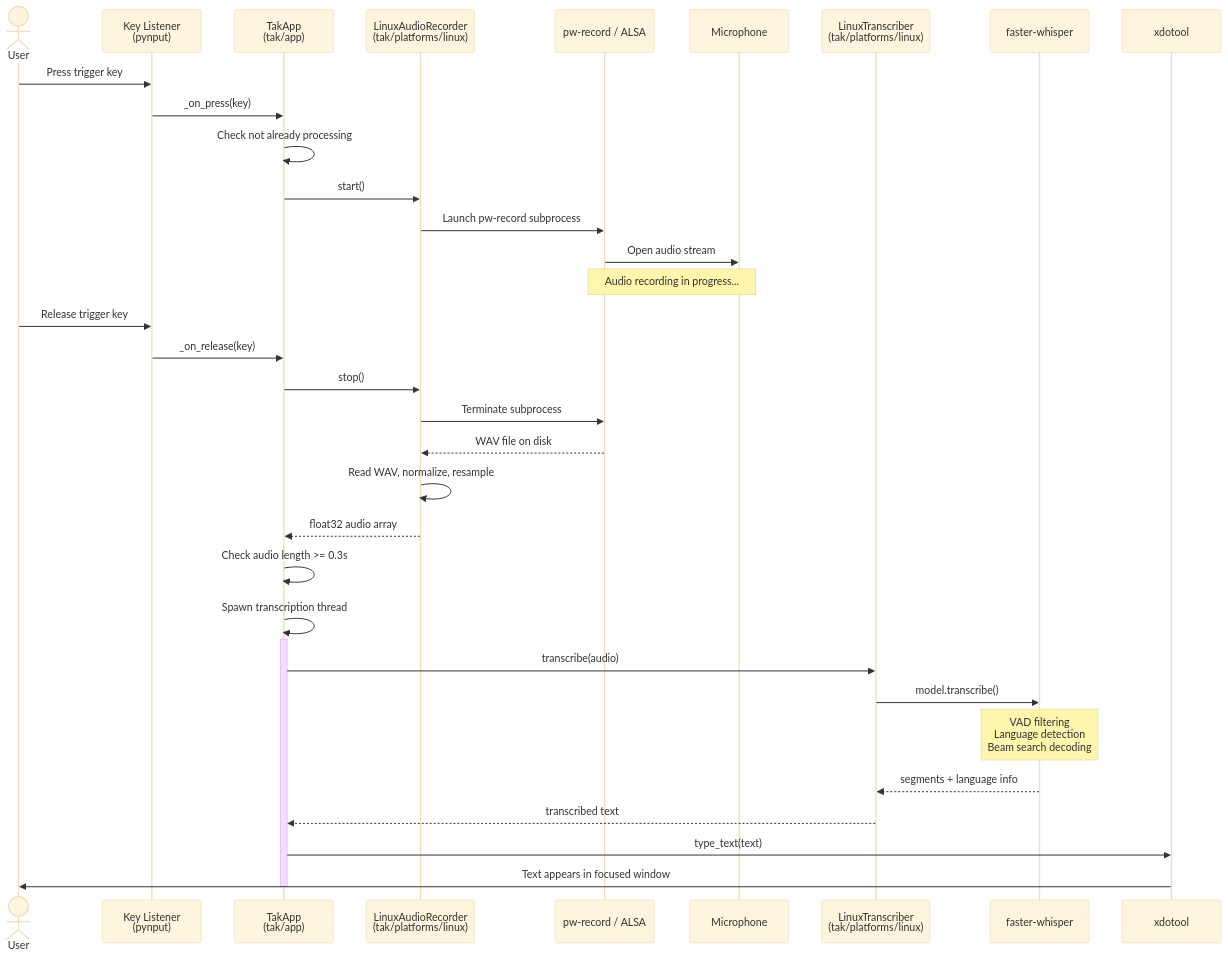
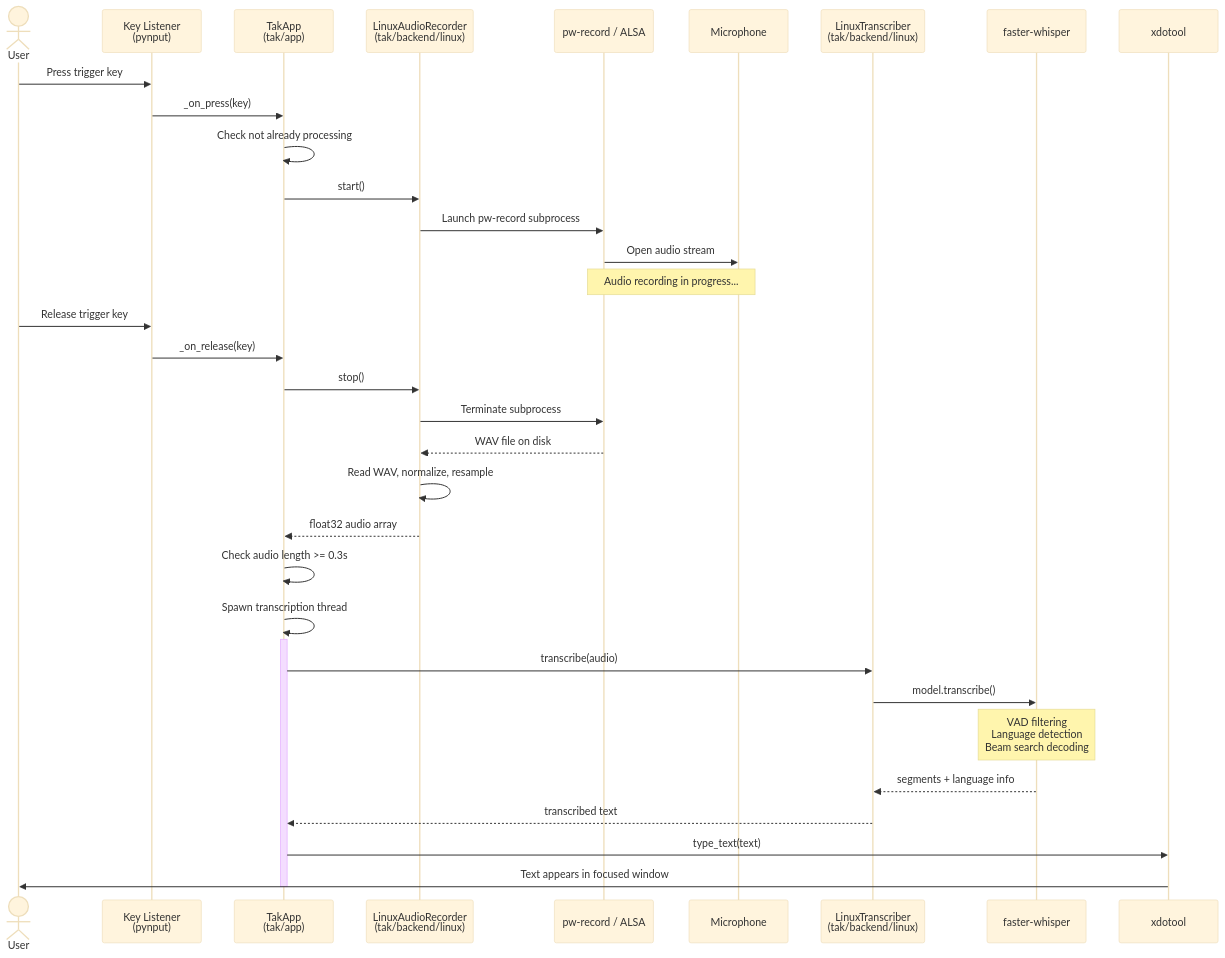
Before and after one commit to lchonkan/tak: the fifth of 11 diagrams in docs/architecture.md, drawn with Mermaid (base theme). The commit also changed other lines of this file and 21 other files, not shown here.

````diff
--- a/docs/architecture.md
+++ b/docs/architecture.md
@@ -348,43 +349,43 @@
 ```mermaid
 sequenceDiagram
     actor User
     participant KL as Key Listener<br/>(pynput)
     participant App as TakApp<br/>(tak/app)
-    participant Rec as LinuxAudioRecorder<br/>(tak/platforms/linux)
+    participant Rec as LinuxAudioRecorder<br/>(tak/backend/linux)
     participant PW as pw-record / ALSA
     participant Mic as Microphone
-    participant Trans as LinuxTranscriber<br/>(tak/platforms/linux)
+    participant Trans as LinuxTranscriber<br/>(tak/backend/linux)
     participant Whisper as faster-whisper
     participant XDO as xdotool
 
     User->>KL: Press trigger key
     KL->>App: _on_press(key)
     App->>App: Check not already processing
     App->>Rec: start()
     Rec->>PW: Launch pw-record subprocess
     PW->>Mic: Open audio stream
 
     Note over Mic,PW: Audio recording in progress...
 
     User->>KL: Release trigger key
     KL->>App: _on_release(key)
     App->>Rec: stop()
     Rec->>PW: Terminate subprocess
     PW-->>Rec: WAV file on disk
     Rec->>Rec: Read WAV, normalize, resample
     Rec-->>App: float32 audio array
 
     App->>App: Check audio length >= 0.3s
 
     App->>App: Spawn transcription thread
     activate App
     App->>Trans: transcribe(audio)
     Trans->>Whisper: model.transcribe()
     Note over Whisper: VAD filtering<br/>Language detection<br/>Beam search decoding
     Whisper-->>Trans: segments + language info
     Trans-->>App: transcribed text
 
     App->>XDO: type_text(text)
     XDO->>User: Text appears in focused window
     deactivate App
 ```
````
